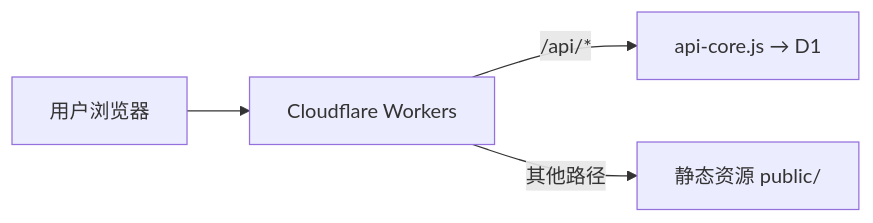
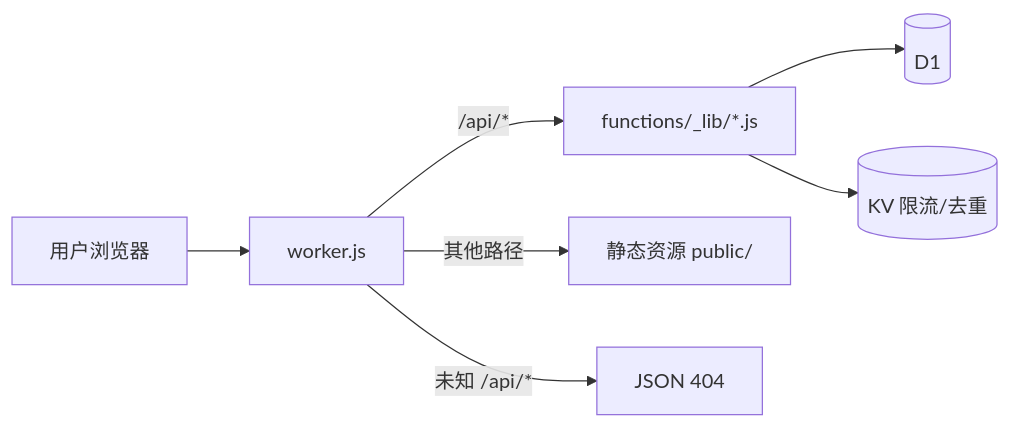
The diagram in cloudflare-workers.mdx (kejiland/qingyu-docs), drawn with Mermaid before and after one commit. The commit also changed other lines of this file and 24 other files, not shown here.

````diff
--- a/cloudflare-workers.mdx
+++ b/cloudflare-workers.mdx
@@ -8,6 +8,9 @@
 ```mermaid
 graph LR
-    A[用户浏览器] --> B[Cloudflare Workers]
-    B -->|/api/*| C[api-core.js → D1]
-    B -->|其他路径| D[静态资源 public/]
+    A[用户浏览器] --> B[worker.js]
+    B -->|/api/*| C[functions/_lib/*.js]
+    C --> D[(D1)]
+    C --> E[(KV 限流/去重)]
+    B -->|其他路径| F[静态资源 public/]
+    B -->|未知 /api/*| G[JSON 404]
 ```
````
